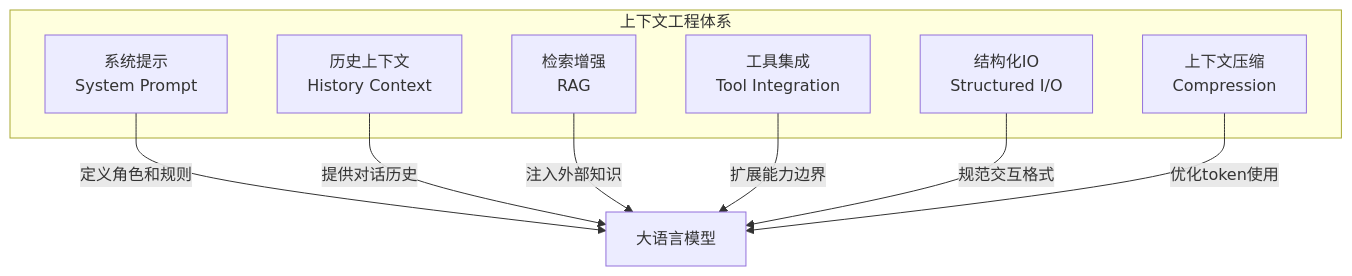
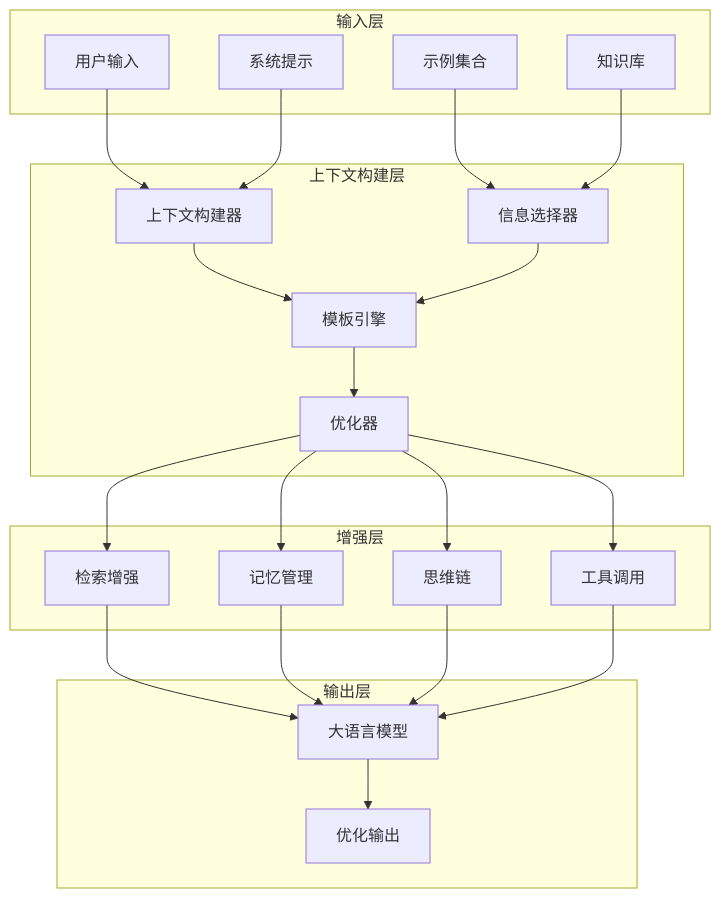
The first of 2 diagrams in learning/website/docs/basics/25-context-engineering.md (Xunzhuo/mini-sglang), drawn with Mermaid before and after one commit. The commit also changed other lines of this file and 23 other files, not shown here.

````diff
--- a/learning/website/docs/basics/25-context-engineering.md
+++ b/learning/website/docs/basics/25-context-engineering.md
@@ -74,20 +35,45 @@
 ```mermaid
 graph TB
-    subgraph Context[上下文工程体系]
-        SP[系统提示<br>System Prompt]
-        HC[历史上下文<br>History Context]
-        RAG[检索增强<br>RAG]
-        TI[工具集成<br>Tool Integration]
-        SI[结构化IO<br>Structured I/O]
-        CC[上下文压缩<br>Compression]
+    subgraph 输入层
+        UserInput[用户输入]
+        SystemPrompt[系统提示]
+        Examples[示例集合]
+        Knowledge[知识库]
     end
     
-    SP --> |定义角色和规则| LLM
-    HC --> |提供对话历史| LLM
-    RAG --> |注入外部知识| LLM
-    TI --> |扩展能力边界| LLM
-    SI --> |规范交互格式| LLM
-    CC --> |优化token使用| LLM
+    subgraph 上下文构建层
+        ContextBuilder[上下文构建器]
+        Template[模板引擎]
+        Selector[信息选择器]
+        Optimizer[优化器]
+    end
     
-    LLM[大语言模型]
+    subgraph 增强层
+        RAG[检索增强]
+        Memory[记忆管理]
+        Chain[思维链]
+        Tool[工具调用]
+    end
+    
+    subgraph 输出层
+        LLM[大语言模型]
+        Output[优化输出]
+    end
+    
+    UserInput --> ContextBuilder
+    SystemPrompt --> ContextBuilder
+    Examples --> Selector
+    Knowledge --> Selector
+    ContextBuilder --> Template
+    Selector --> Template
+    Template --> Optimizer
+    Optimizer --> RAG
+    Optimizer --> Memory
+    Optimizer --> Chain
+    Optimizer --> Tool
+    RAG --> LLM
+    Memory --> LLM
+    Chain --> LLM
+    Tool --> LLM
+    LLM --> Output
 ```
````
